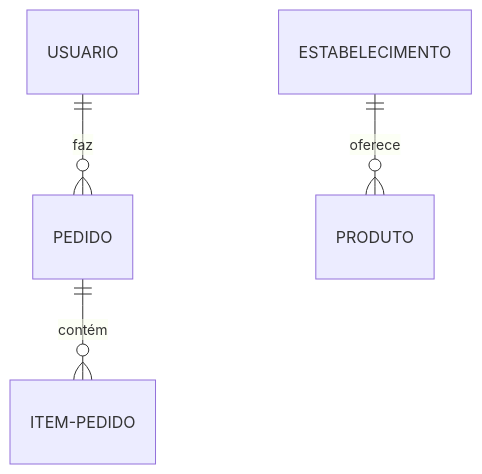
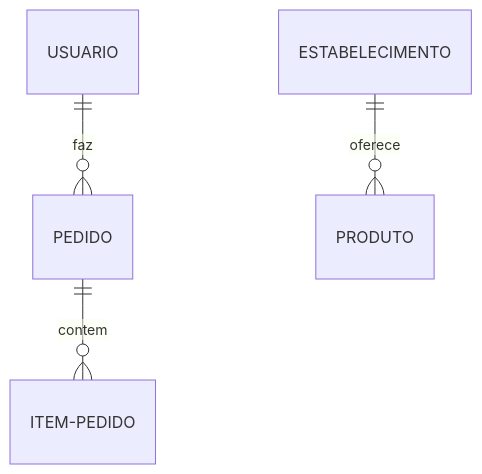
Before and after one commit to Dienay/rangos-api: the diagram in README.md, drawn with Mermaid.

Commit message:
docs: fix typo

````diff
--- a/README.md
+++ b/README.md
@@ -129,6 +129,6 @@
 ```mermaid
 erDiagram
   USUARIO ||--o{ PEDIDO : faz
   ESTABELECIMENTO ||--o{ PRODUTO : oferece
-  PEDIDO ||--o{ ITEM-PEDIDO : contém
+  PEDIDO ||--o{ ITEM-PEDIDO : contem
 ```
````
